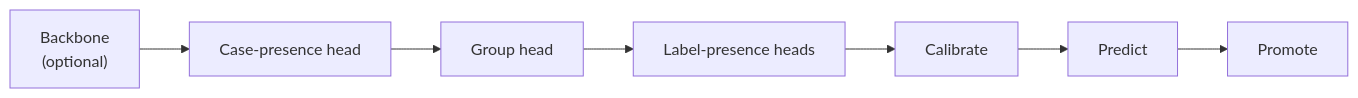
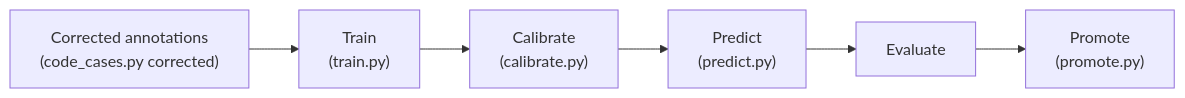
Before and after one commit to YugrajD/UC-Davis-VMTH-Cancer-Registry: the diagram in ml/documentation/how-to/train-and-promote.md, drawn with Mermaid. The commit also changed other lines of this file and 32 other files, not shown here.

````diff
--- a/ml/documentation/how-to/train-and-promote.md
+++ b/ml/documentation/how-to/train-and-promote.md
@@ -19,9 +29,8 @@
 ```mermaid
 flowchart LR
-    bb["Backbone<br>(optional)"] --> cp["Case-presence head"]
-    cp --> grp["Group head"]
-    grp --> lp["Label-presence heads"]
-    lp --> cal["Calibrate"]
-    cal --> pred["Predict"]
-    pred --> prom["Promote"]
+    lab["Corrected annotations<br>(code_cases.py corrected)"] --> tr["Train<br>(train.py)"]
+    tr --> cal["Calibrate<br>(calibrate.py)"]
+    cal --> pred["Predict<br>(predict.py)"]
+    pred --> ev["Evaluate"]
+    ev --> prom["Promote<br>(promote.py)"]
 ```
````
